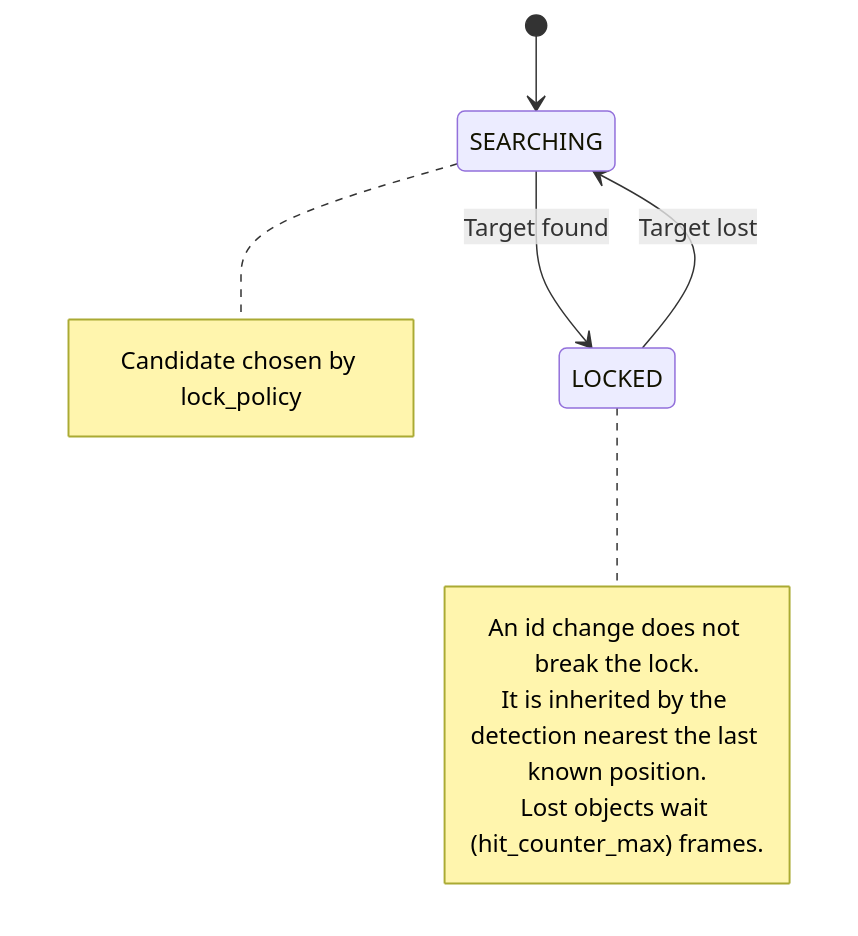
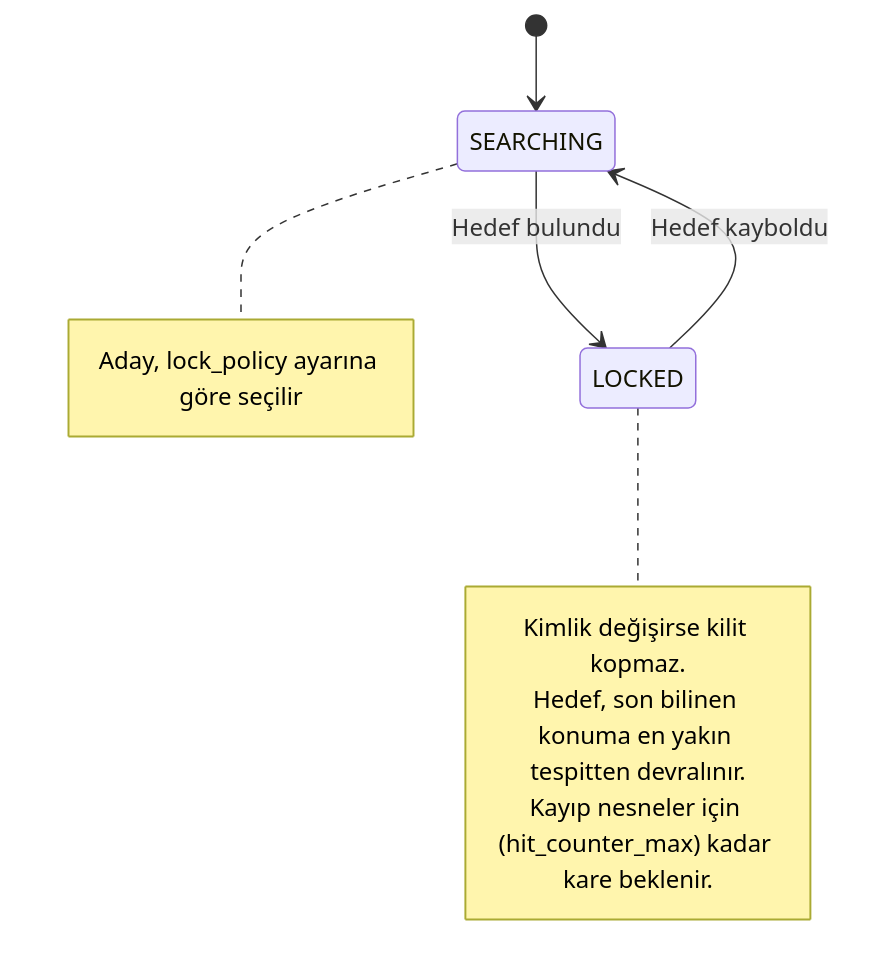
One commit to mehmetakiferdem/gem-tracker changed the second of 2 diagrams in README.md. Above: the diagram before and after it, drawn with Mermaid. The commit also changed other lines of this file and 5 other files, not shown here.

````diff
--- a/README.md
+++ b/README.md
@@ -107,16 +109,16 @@
 ```mermaid
 stateDiagram-v2
     [*] --> SEARCHING
-    SEARCHING --> LOCKED: Target found
-    LOCKED --> SEARCHING: Target lost
+    SEARCHING --> LOCKED: Hedef bulundu
+    LOCKED --> SEARCHING: Hedef kayboldu
 
     note right of SEARCHING
-        Candidate chosen by lock_policy
+        Aday, lock_policy ayarına göre seçilir
     end note
 
     note right of LOCKED
-        An id change does not break the lock.
-        It is inherited by the detection nearest the last known position.
-        Lost objects wait (hit_counter_max) frames.
+        Kimlik değişirse kilit kopmaz.
+        Hedef, son bilinen konuma en yakın tespitten devralınır.
+        Kayıp nesneler için (hit_counter_max) kadar kare beklenir.
     end note
 ```
````
